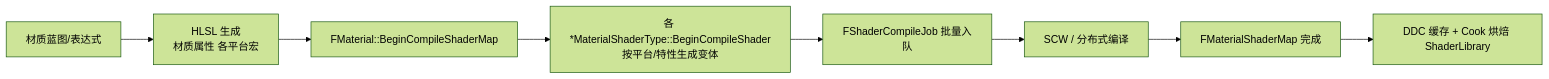
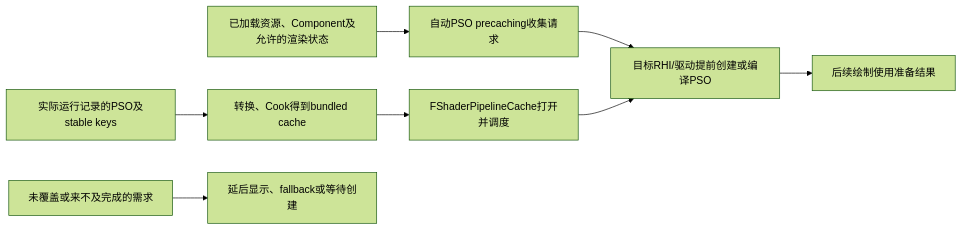
The second of 3 diagrams in 知识/08-工程实践与质量/构建编译与制品/07-Shader编译管线与PSO.md (fantuan812/learning), drawn with Mermaid (forest theme) before and after one commit. The commit also changed other lines of this file and 2 other files, not shown here.

````diff
--- a/知识/08-工程实践与质量/构建编译与制品/07-Shader编译管线与PSO.md
+++ b/知识/08-工程实践与质量/构建编译与制品/07-Shader编译管线与PSO.md
@@ -140,10 +172,10 @@
 ```mermaid
 flowchart LR
-    A[材质蓝图/表达式] --> B[HLSL 生成<br/>材质属性 各平台宏]
-    B --> C[FMaterial::BeginCompileShaderMap]
-    C --> D[各 *MaterialShaderType::BeginCompileShader<br/>按平台/特性生成变体]
-    D --> E[FShaderCompileJob 批量入队]
-    E --> F[SCW / 分布式编译]
-    F --> G[FMaterialShaderMap 完成]
-    G --> H[DDC 缓存 + Cook 烘焙 ShaderLibrary]
+    A["已加载资源、Component及允许的渲染状态"] --> B["自动PSO precaching收集请求"]
+    C["实际运行记录的PSO及stable keys"] --> D["转换、Cook得到bundled cache"]
+    D --> E["FShaderPipelineCache打开并调度"]
+    B --> F["目标RHI/驱动提前创建或编译PSO"]
+    E --> F
+    F --> G["后续绘制使用准备结果"]
+    H["未覆盖或来不及完成的需求"] --> I["延后显示、fallback或等待创建"]
 ```
````
